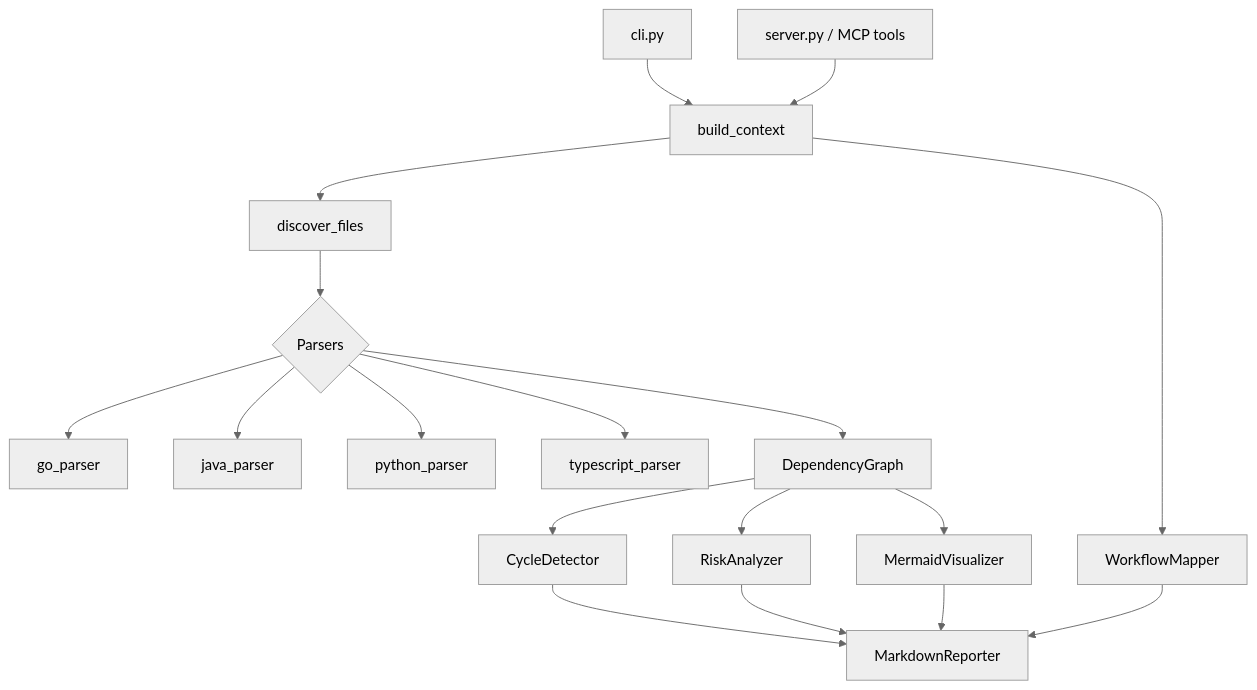
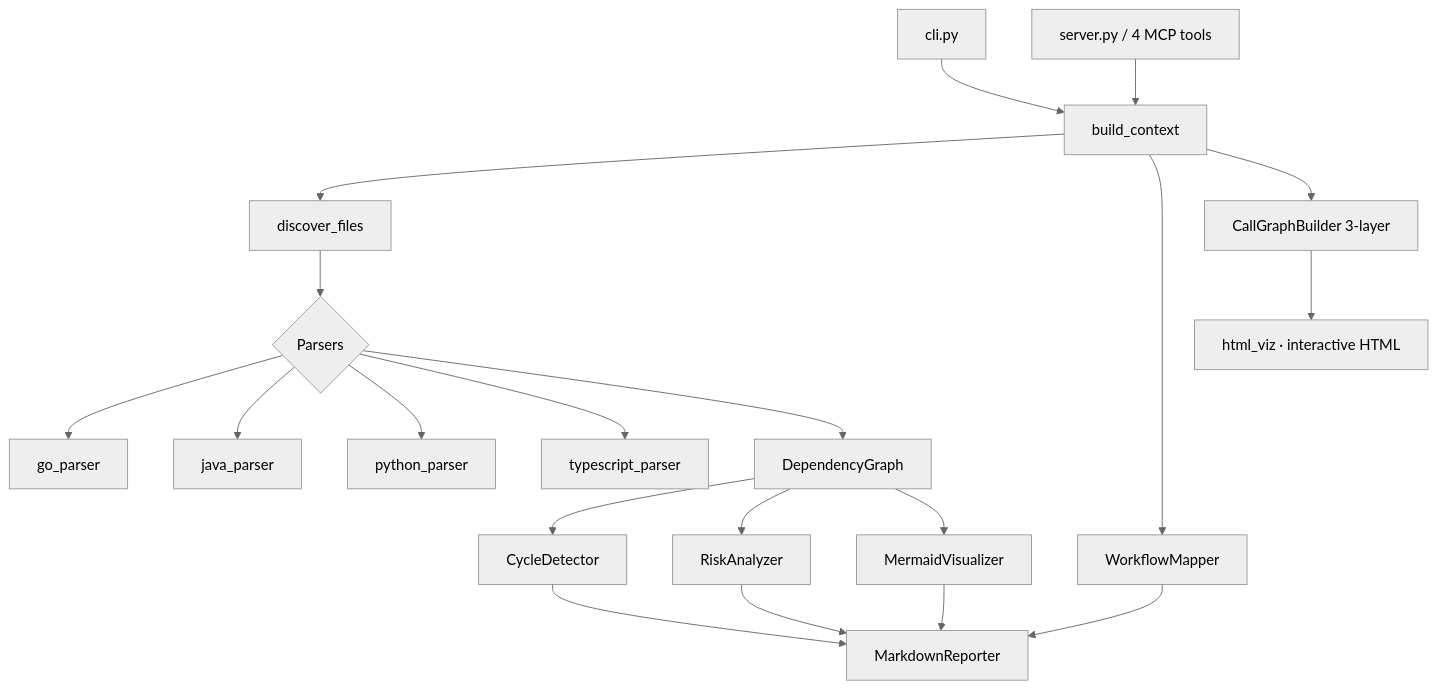
One commit to jha-sk/codebase-analyzer changed the diagram in README.md. Above: the diagram before and after it, drawn with Mermaid (neutral theme). The commit also changed other lines of this file, not shown here.

First line of the commit message:
docs: expand README with graph command, Claude Code setup, and honest limitations

````diff
--- a/README.md
+++ b/README.md
@@ -157,20 +196,22 @@
 ```mermaid
 flowchart TD
     CLI[cli.py] --> CTX[build_context]
-    MCP[server.py / MCP tools] --> CTX
+    MCP[server.py / 4 MCP tools] --> CTX
     CTX --> SCAN[discover_files]
     SCAN --> P{Parsers}
     P --> GO[go_parser]
     P --> JAVA[java_parser]
     P --> PY[python_parser]
     P --> TS[typescript_parser]
     P --> GRAPH[DependencyGraph]
     GRAPH --> CYC[CycleDetector]
     GRAPH --> RISK[RiskAnalyzer]
     CTX --> WF[WorkflowMapper]
+    CTX --> CALL[CallGraphBuilder 3-layer]
+    CALL --> HTML[html_viz · interactive HTML]
     CYC --> REP[MarkdownReporter]
     RISK --> REP
     WF --> REP
     GRAPH --> VIZ[MermaidVisualizer]
     VIZ --> REP
 ```
````
